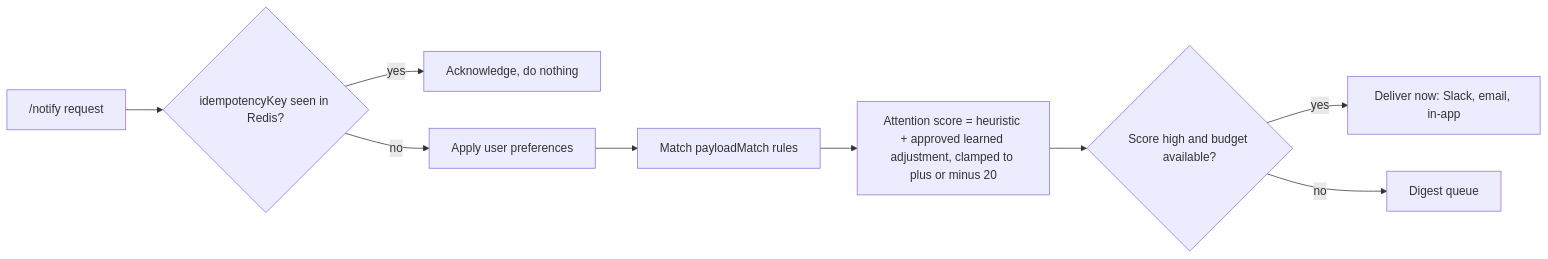
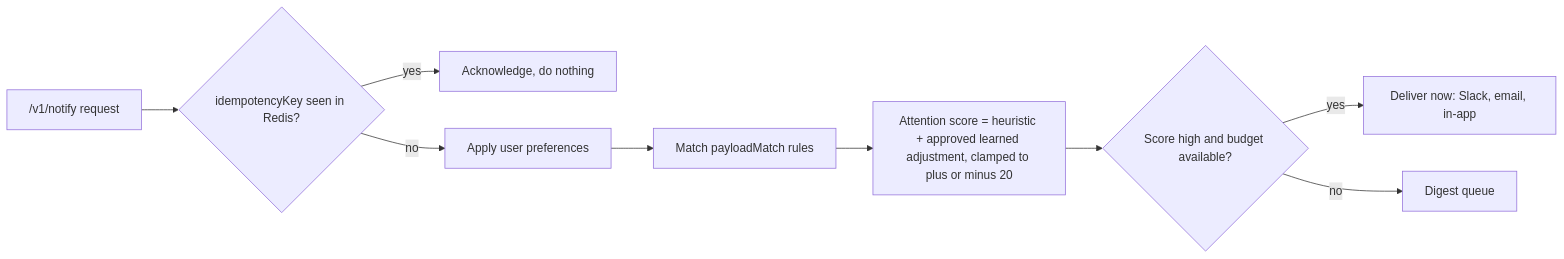
The sixth of 23 diagrams in docs/architecture.md (rtrtarun/taskify), drawn with Mermaid before and after one commit. The commit also changed other lines of this file and 4 other files, not shown here.

````diff
--- a/docs/architecture.md
+++ b/docs/architecture.md
@@ -254,11 +254,11 @@
 ```mermaid
 flowchart LR
-    n["/notify request"] --> d{"idempotencyKey seen in Redis?"}
+    n["/v1/notify request"] --> d{"idempotencyKey seen in Redis?"}
     d -->|yes| drop["Acknowledge, do nothing"]
     d -->|no| p["Apply user preferences"]
     p --> r["Match payloadMatch rules"]
     r --> s["Attention score = heuristic + approved learned adjustment, clamped to plus or minus 20"]
     s --> b{"Score high and budget available?"}
     b -->|yes| now["Deliver now: Slack, email, in-app"]
     b -->|no| dig["Digest queue"]
 ```
````
